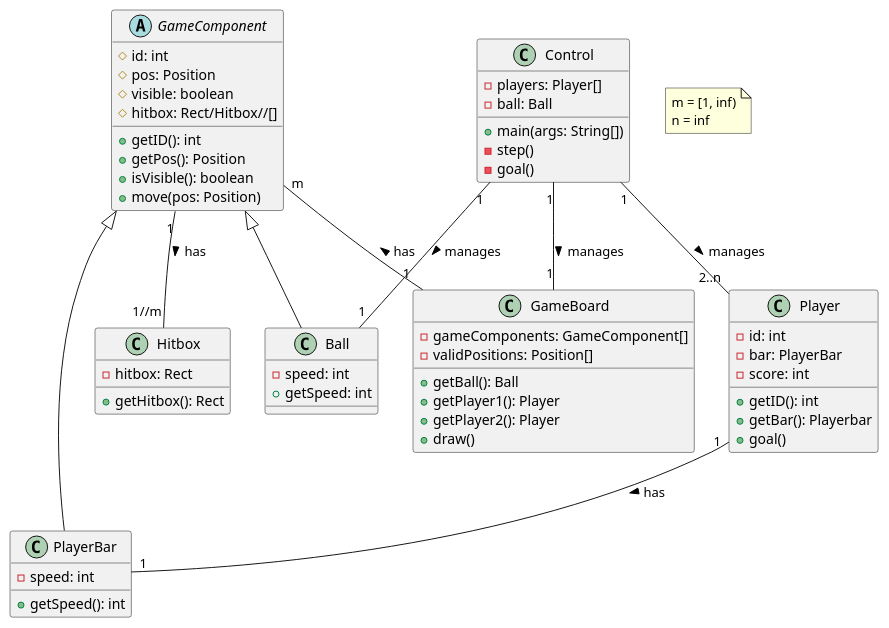
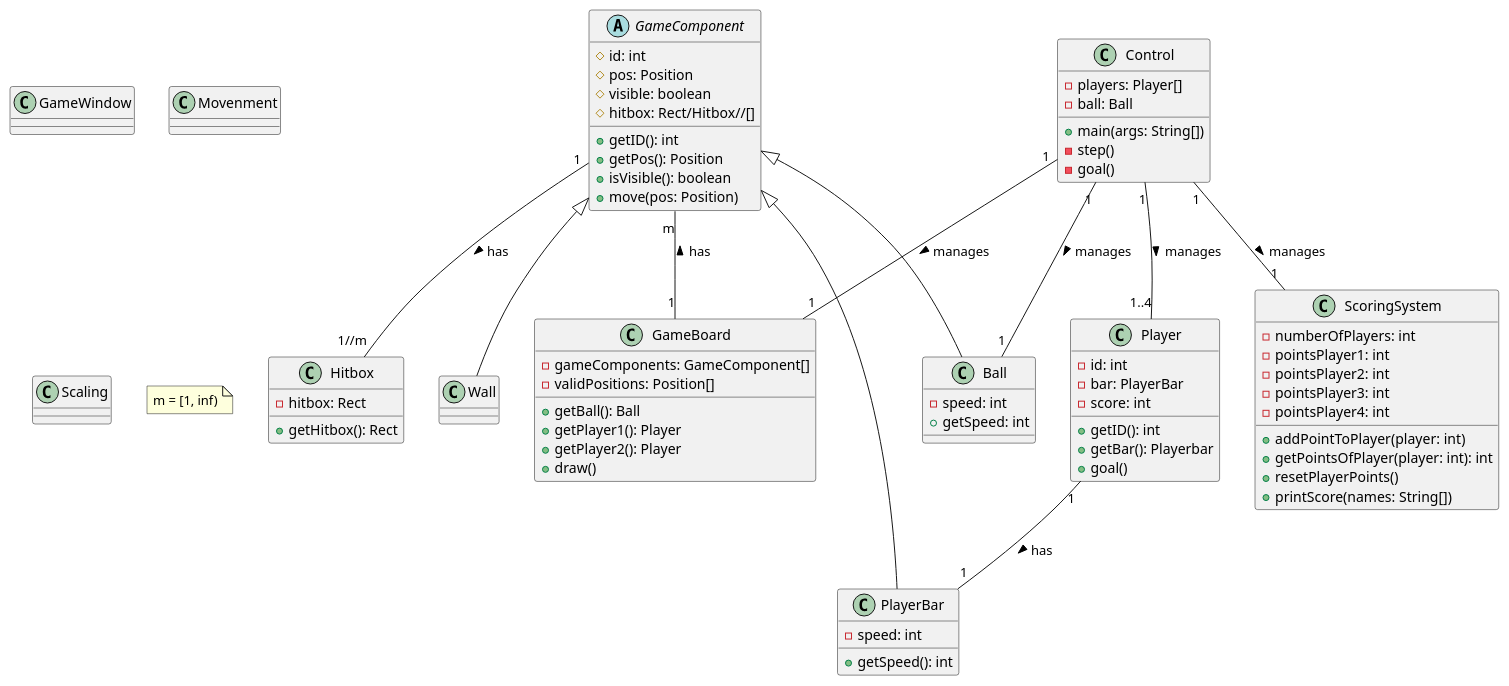
The diagram in UML_class_diagram.md (SaschaDostal/Project_Pong), drawn with PlantUML before and after one commit. The commit also changed 1 other file, not shown here.

Commit message:
update UML diagram and add serialVersionUID to Wall

````diff
--- a/UML_class_diagram.md
+++ b/UML_class_diagram.md
@@ -1,57 +1,82 @@
 ```plantuml
 class Hitbox {
   -hitbox: Rect
   +getHitbox(): Rect
 }
 abstract class GameComponent {
   #id: int
   #pos: Position
   #visible: boolean
   #hitbox: Rect/Hitbox//[]
   +getID(): int
   +getPos(): Position
   +isVisible(): boolean
   +move(pos: Position)
 }
 class GameBoard {
   -gameComponents: GameComponent[]
   -validPositions: Position[]
   +getBall(): Ball
   +getPlayer1(): Player
   +getPlayer2(): Player
   +draw()
 }
 class PlayerBar {
   -speed: int
   +getSpeed(): int
 }
 class Ball {
   -speed: int
   +getSpeed: int
 }
+class Wall {
+
+}
 class Control {
   -players: Player[]
   -ball: Ball
   +main(args: String[])
   -step()
   -goal()
 }
 class Player {
   -id: int
   -bar: PlayerBar
   -score: int
   +getID(): int
   +getBar(): Playerbar
   +goal()
 }
+class ScoringSystem {
+    -numberOfPlayers: int
+    -pointsPlayer1: int
+    -pointsPlayer2: int
+    -pointsPlayer3: int
+    -pointsPlayer4: int
+    +addPointToPlayer(player: int)
+    +getPointsOfPlayer(player: int): int
+    +resetPlayerPoints()
+    +printScore(names: String[])
+}
+class GameWindow {
+
+}
+class Movenment {
+
+}
+class Scaling {
+
+}
 
 GameComponent "m" -- "1" GameBoard: has <
 GameComponent <|-- PlayerBar
 GameComponent <|-- Ball
+GameComponent <|-- Wall
 GameComponent "1" -- "1//m" Hitbox: has >
 Control "1" -- "1" GameBoard: manages >
 Control "1" -- "1" Ball: manages >
-Control "1" -- "2..n" Player: manages >
+Control "1" -- "1..4" Player: manages >
+Control "1" -- "1" ScoringSystem: manages >
 Player "1" -- "1" PlayerBar: has >
-note "m = [1, inf)\nn = inf" as N1
+note "m = [1, inf)" as N1
 ```
````
